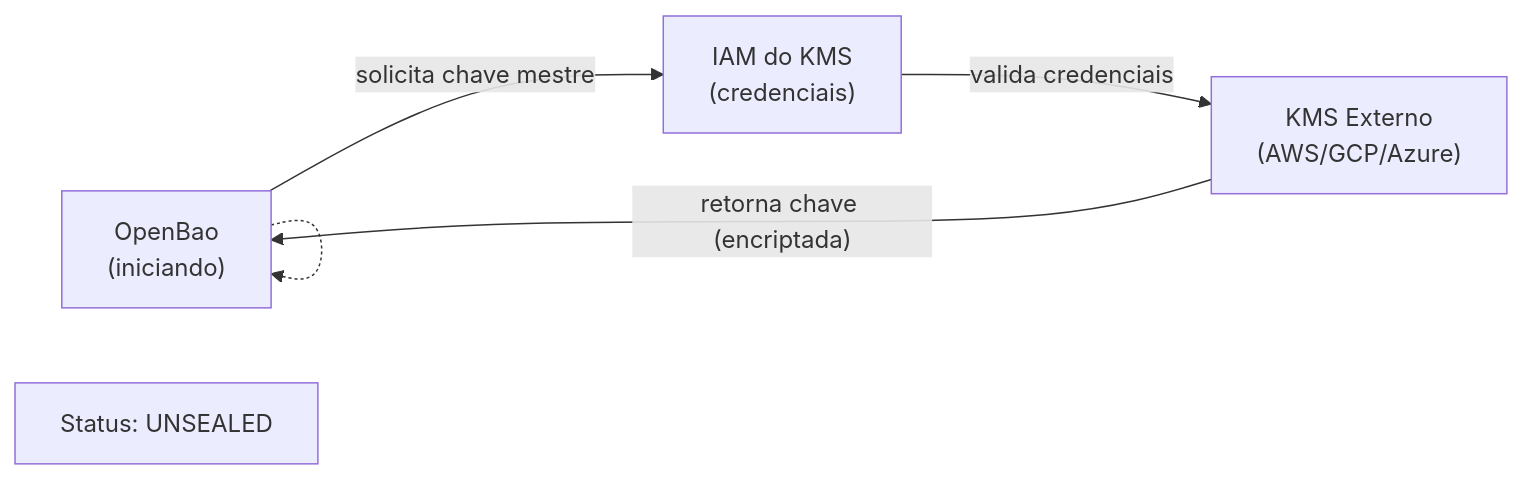
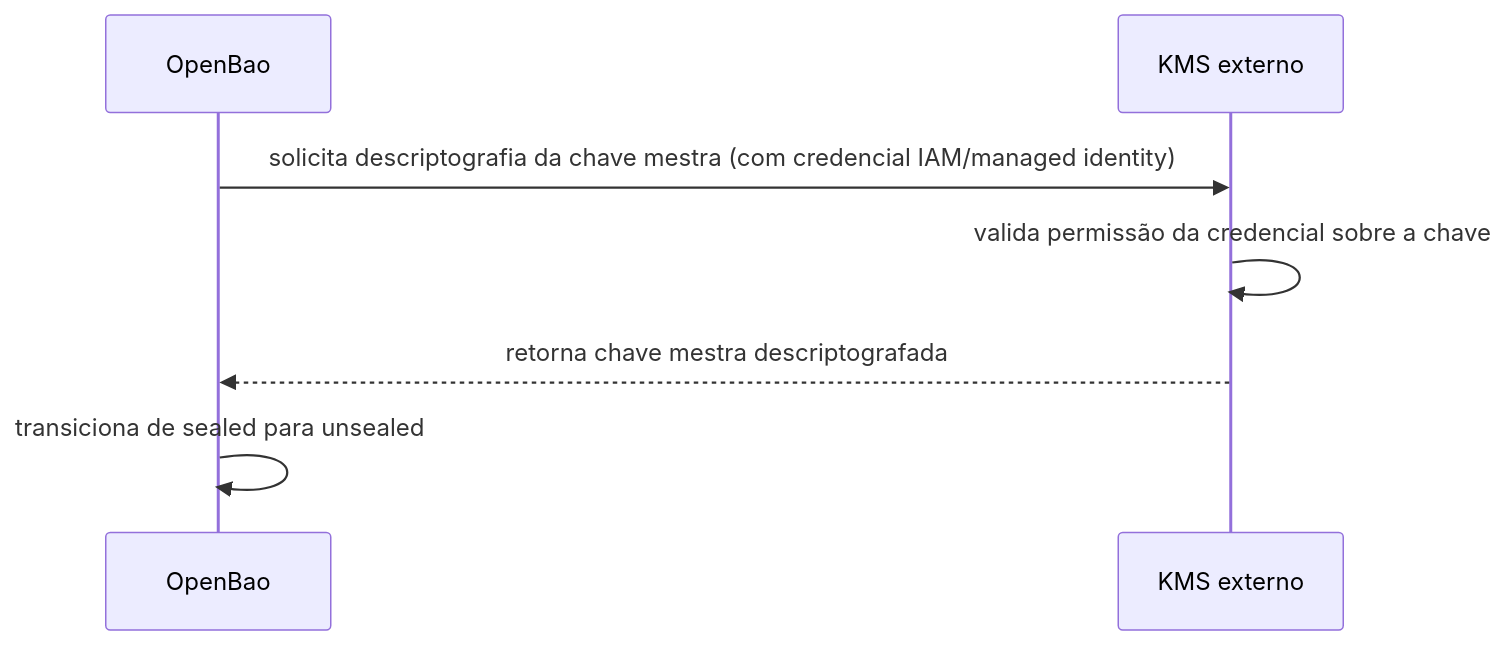
Before and after one commit to guesant/cluster-management-notes: the diagram in src/content/docs/learn/secrets-management/openbao-auto-unseal.mdx, drawn with Mermaid. The commit also changed other lines of this file and 84 other files, not shown here.

````diff
--- a/src/content/docs/learn/secrets-management/openbao-auto-unseal.mdx
+++ b/src/content/docs/learn/secrets-management/openbao-auto-unseal.mdx
@@ -32,17 +18,13 @@
 ```mermaid
-flowchart LR
+sequenceDiagram
     accTitle: Fluxo de auto-unseal com KMS externo
-    accDescr: OpenBao solicita chave ao KMS, KMS valida IAM e retorna chave.
+    accDescr: O OpenBao envia sua chave mestra criptografada ao KMS e solicita a descriptografia; o KMS valida as credenciais apresentadas e retorna o resultado, permitindo ao OpenBao concluir o unseal sem intervenção manual.
 
-    Bao["OpenBao<br/>(iniciando)"]
-    IAM["IAM do KMS<br/>(credenciais)"]
-    KMS["KMS Externo<br/>(AWS/GCP/Azure)"]
-    
-    Bao -->|"solicita chave mestre"| IAM
-    IAM -->|"valida credenciais"| KMS
-    KMS -->|"retorna chave (encriptada)"| Bao
-    Bao -->|"desencripta com chave"| Bao
-    Bao -.-> Bao
-    
-    note["Status: UNSEALED"]
+    participant OpenBao
+    participant KMS as KMS externo
+
+    OpenBao->>KMS: solicita descriptografia da chave mestra (com credencial IAM/managed identity)
+    KMS->>KMS: valida permissão da credencial sobre a chave
+    KMS-->>OpenBao: retorna chave mestra descriptografada
+    OpenBao->>OpenBao: transiciona de sealed para unsealed
 ```
````
